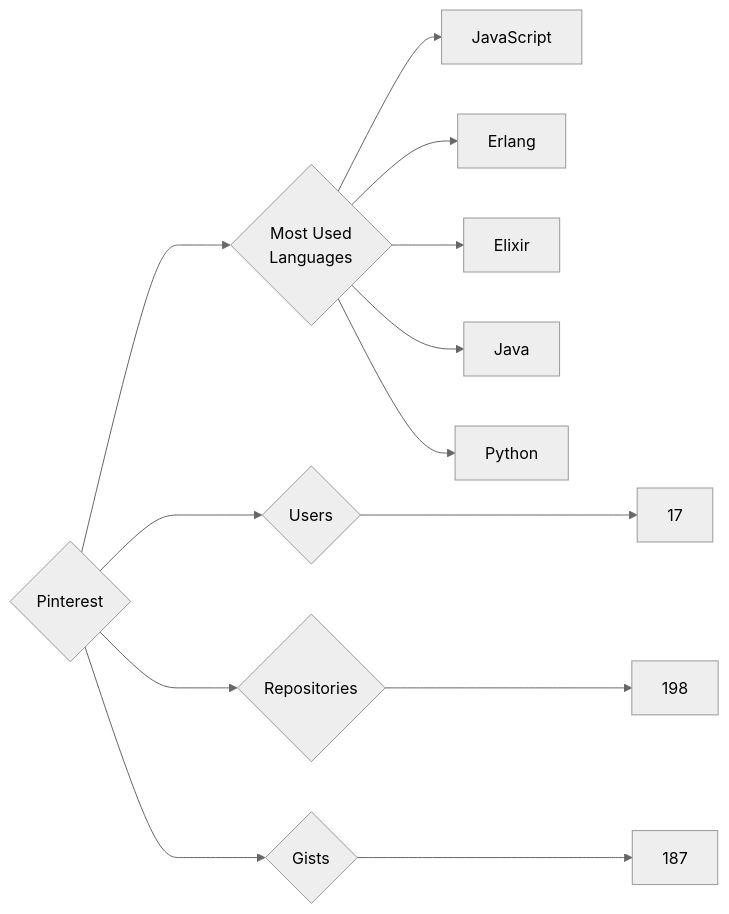
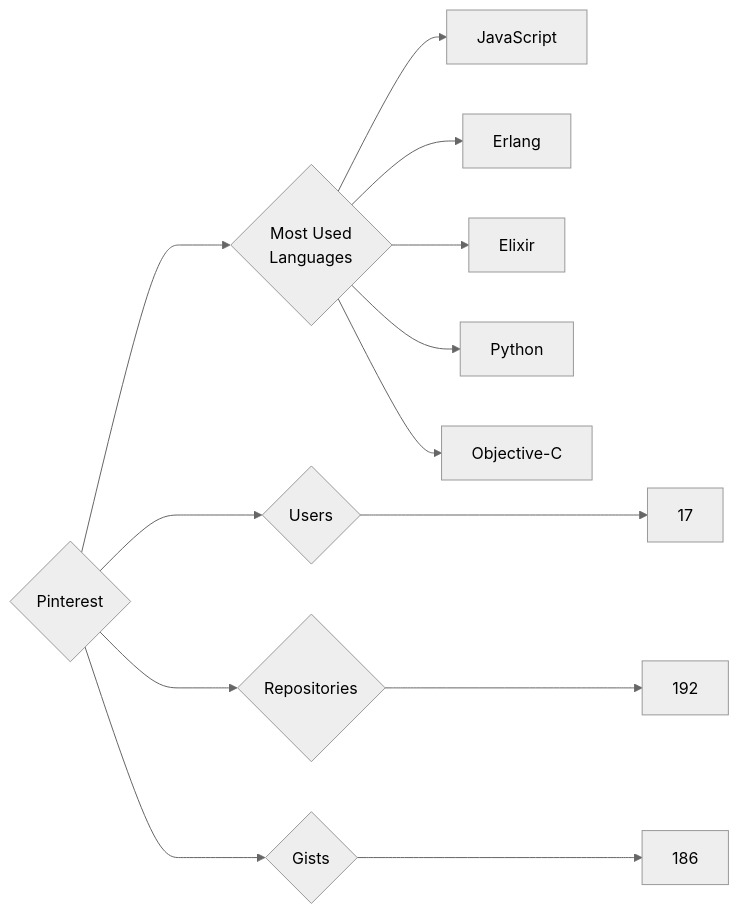
One commit to trickest/insiders changed the diagram in targets/Pinterest/README.md. Above: the diagram before and after it, drawn with Mermaid (neutral theme). The commit also changed 878 other files, not shown here.

````diff
--- a/targets/Pinterest/README.md
+++ b/targets/Pinterest/README.md
@@ -3,13 +3,13 @@
 ```mermaid
 graph LR
 COMPANY_NAME{Pinterest}
 COMPANY_NAME ---> U{Users} ---> UN[17]
-COMPANY_NAME ---> R{Repositories} ---> RN[198]
-COMPANY_NAME ---> G{Gists} ---> GN[187]
+COMPANY_NAME ---> R{Repositories} ---> RN[192]
+COMPANY_NAME ---> G{Gists} ---> GN[186]
 COMPANY_NAME ---> ML{Most Used<br>Languages}
 ML --> JavaScript[JavaScript]
 ML --> Erlang[Erlang]
 ML --> Elixir[Elixir]
-ML --> Java[Java]
 ML --> Python[Python]
+ML --> Objective-C[Objective-C]
 ```
````
